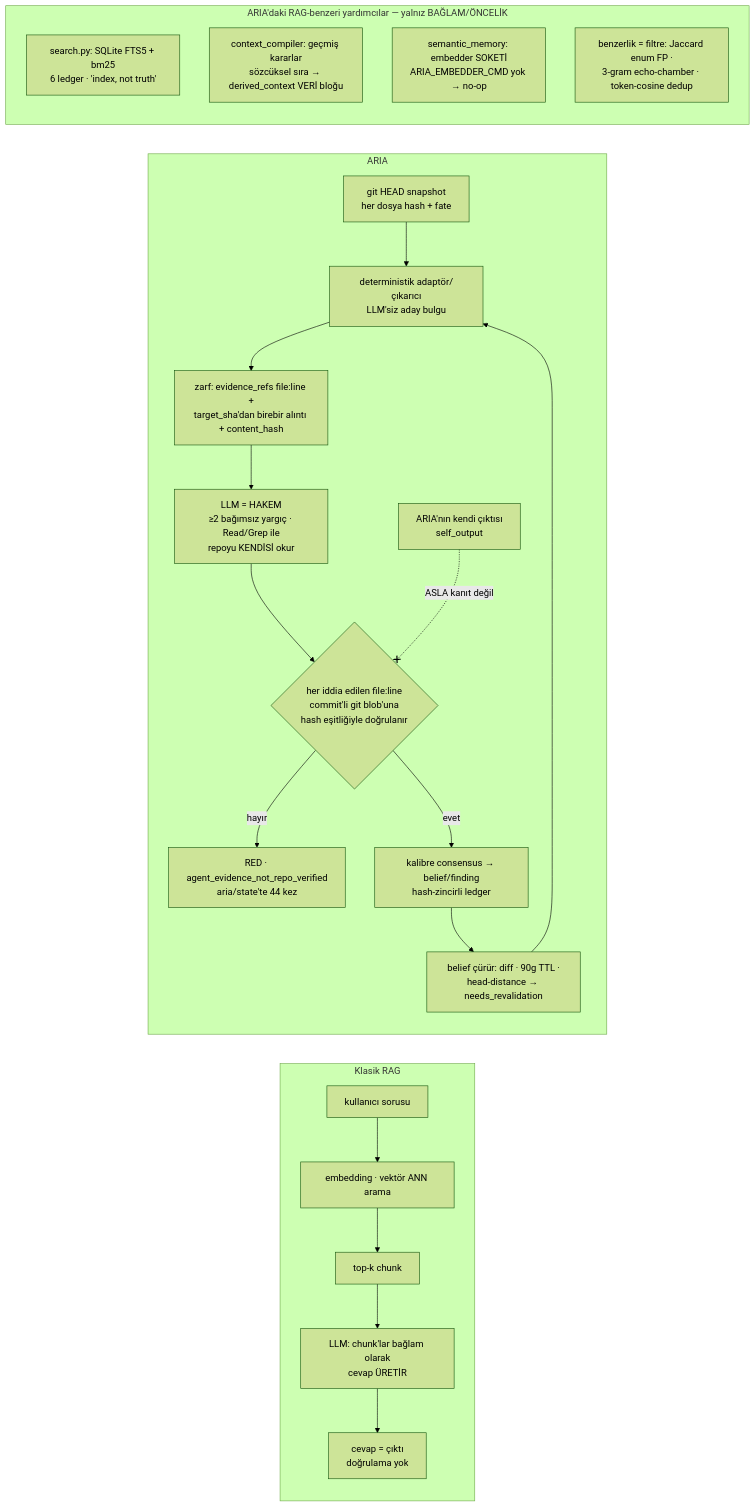
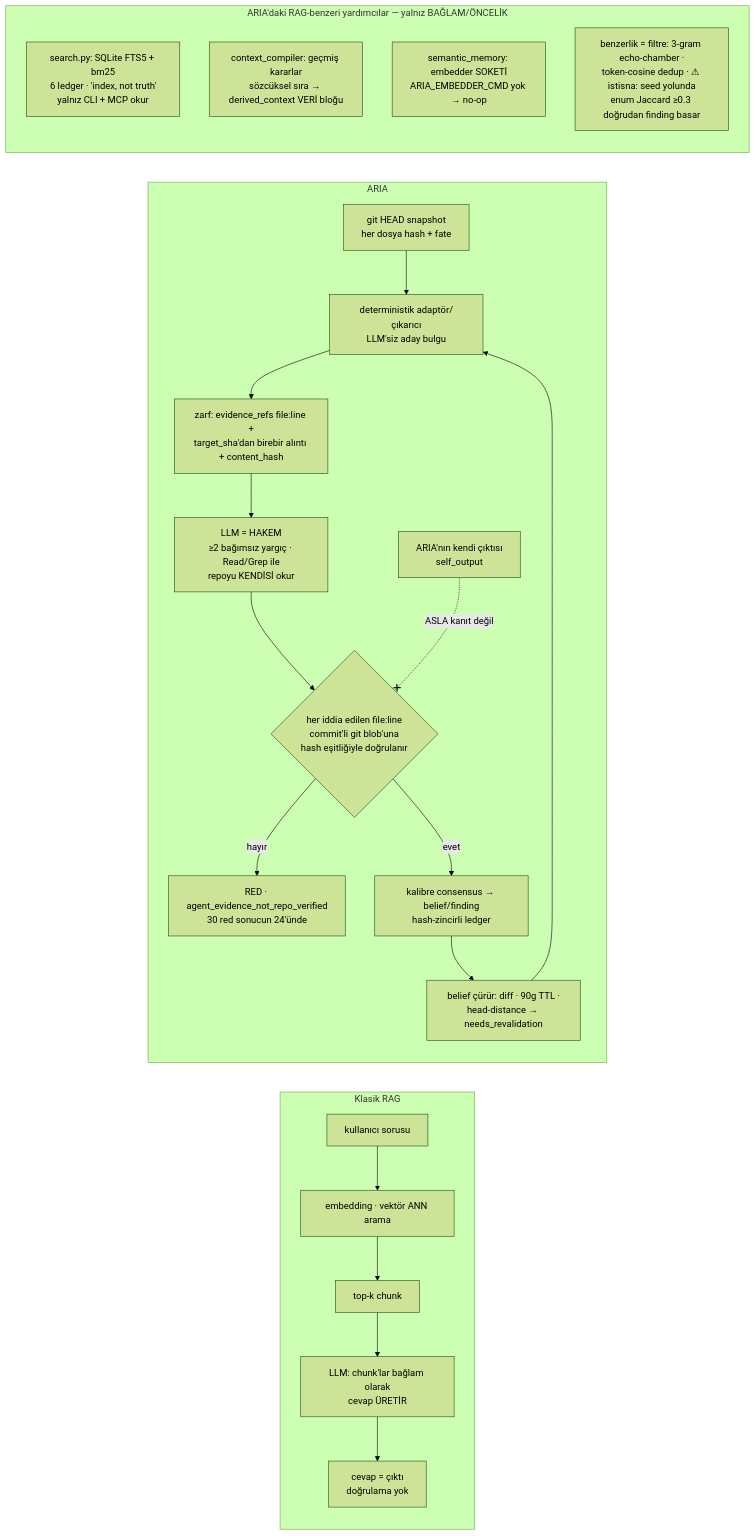
One commit to Okan-wqm/aquaculture_platform changed diagram 25 of 25 in ARIA-MIMARI-SEMALARI.md. Above: the diagram before and after it, drawn with Mermaid (forest theme). The commit also changed other lines of this file and 14 other files, not shown here.

````diff
--- a/ARIA-MIMARI-SEMALARI.md
+++ b/ARIA-MIMARI-SEMALARI.md
@@ -972,26 +976,26 @@
 ```mermaid
 flowchart LR
     subgraph RAG[Klasik RAG]
         R1[kullanıcı sorusu] --> R2[embedding · vektör ANN arama]
         R2 --> R3[top-k chunk]
         R3 --> R4[LLM: chunk'lar bağlam olarak<br/>cevap ÜRETİR]
         R4 --> R5[cevap = çıktı<br/>doğrulama yok]
     end
     subgraph ARIA[ARIA]
         A1[git HEAD snapshot<br/>her dosya hash + fate] --> A2[deterministik adaptör/çıkarıcı<br/>LLM'siz aday bulgu]
         A2 --> A3[zarf: evidence_refs file:line +<br/>target_sha'dan birebir alıntı + content_hash]
         A3 --> A4[LLM = HAKEM<br/>≥2 bağımsız yargıç · Read/Grep ile<br/>repoyu KENDİSİ okur]
         A4 --> A5{her iddia edilen file:line<br/>commit'li git blob'una<br/>hash eşitliğiyle doğrulanır}
-        A5 -- hayır --> A6[RED · agent_evidence_not_repo_verified<br/>aria/state'te 44 kez]
+        A5 -- hayır --> A6[RED · agent_evidence_not_repo_verified<br/>30 red sonucun 24'ünde]
         A5 -- evet --> A7[kalibre consensus → belief/finding<br/>hash-zincirli ledger]
         A7 --> A8[belief çürür: diff · 90g TTL ·<br/>head-distance → needs_revalidation]
         A8 --> A2
         SO[ARIA'nın kendi çıktısı<br/>self_output] -. ASLA kanıt değil .-x A5
     end
     subgraph AUX[ARIA'daki RAG-benzeri yardımcılar — yalnız BAĞLAM/ÖNCELİK]
-        X1[search.py: SQLite FTS5 + bm25<br/>6 ledger · 'index, not truth']
+        X1[search.py: SQLite FTS5 + bm25<br/>6 ledger · 'index, not truth'<br/>yalnız CLI + MCP okur]
         X2[context_compiler: geçmiş kararlar<br/>sözcüksel sıra → derived_context VERİ bloğu]
         X3[semantic_memory: embedder SOKETİ<br/>ARIA_EMBEDDER_CMD yok → no-op]
-        X4[benzerlik = filtre: Jaccard enum FP ·<br/>3-gram echo-chamber · token-cosine dedup]
+        X4[benzerlik = filtre: 3-gram echo-chamber ·<br/>token-cosine dedup · ⚠ istisna: seed yolunda<br/>enum Jaccard ≥0.3 doğrudan finding basar]
     end
 ```
````
